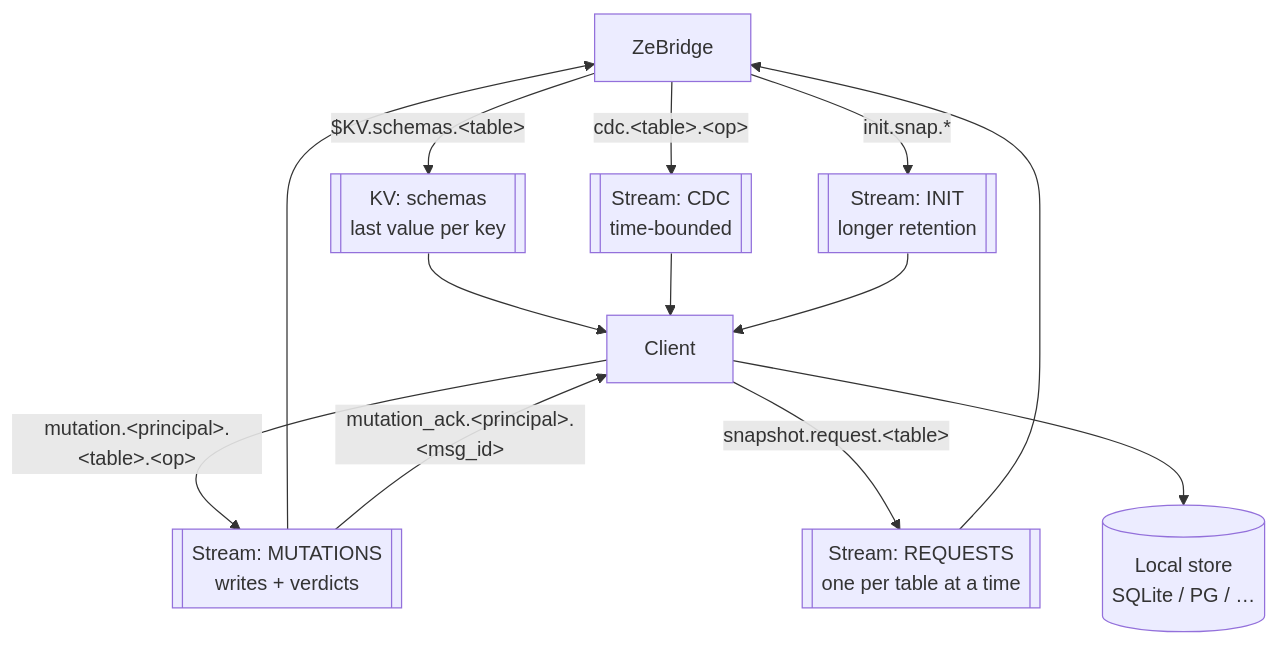
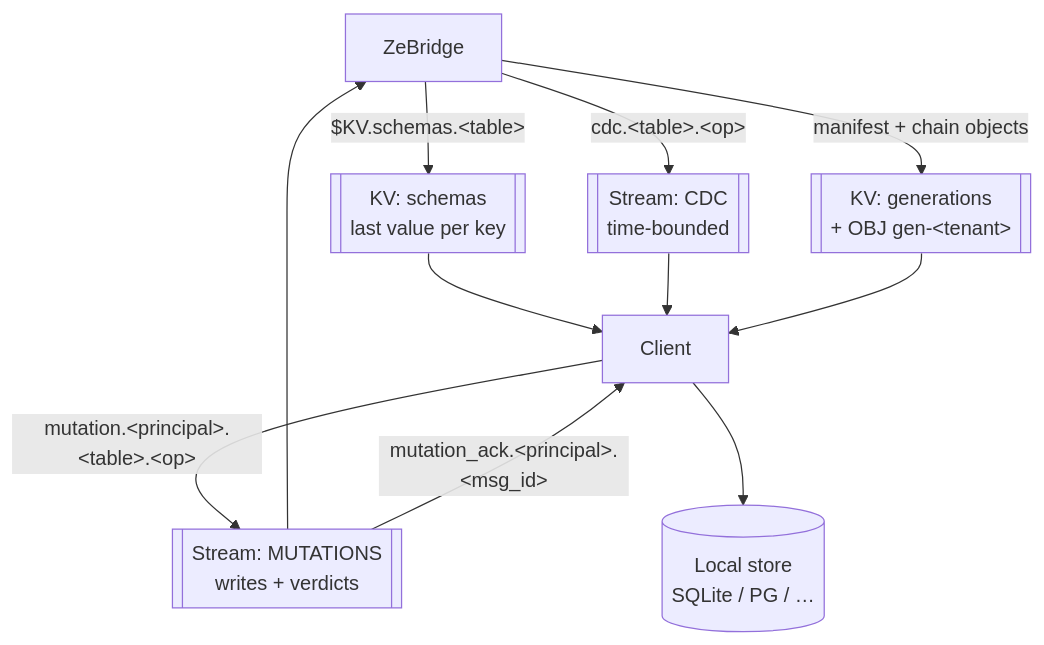
The first of 4 diagrams in PROTOCOL.md (ndrean/ZeBridge), drawn with Mermaid before and after one commit. The commit also changed other lines of this file and 2 other files, not shown here.

First line of the commit message:
docs: describe the generations-only world

````diff
--- a/PROTOCOL.md
+++ b/PROTOCOL.md
@@ -130,15 +139,13 @@
 ```mermaid
 flowchart TD
   B[ZeBridge]-->|"$KV.schemas.&lt;table&gt;"| KV[["KV: schemas<br/>last value per key"]]
   B -->|"cdc.&lt;table&gt;.&lt;op&gt;"| CDC[["Stream: CDC<br/>time-bounded"]]
-  B -->|"init.snap.*"| INIT[["Stream: INIT<br/>longer retention"]]
+  B -->|"manifest + chain objects"| GEN[["KV: generations<br/>+ OBJ gen-&lt;tenant&gt;"]]
   KV --> C[Client]
   CDC --> C
-  INIT --> C
+  GEN --> C
   C -->|"mutation.&lt;principal&gt;.&lt;table&gt;.&lt;op&gt;"| MUT[["Stream: MUTATIONS<br/>writes + verdicts"]]
-  C -->|"snapshot.request.&lt;table&gt;"| REQ[["Stream: REQUESTS<br/>one per table at a time"]]
   MUT --> B
-  REQ --> B
   MUT -->|"mutation_ack.&lt;principal&gt;.&lt;msg_id&gt;"| C
   C --> L[(Local store<br/>SQLite / PG / …)]
 ```
````
